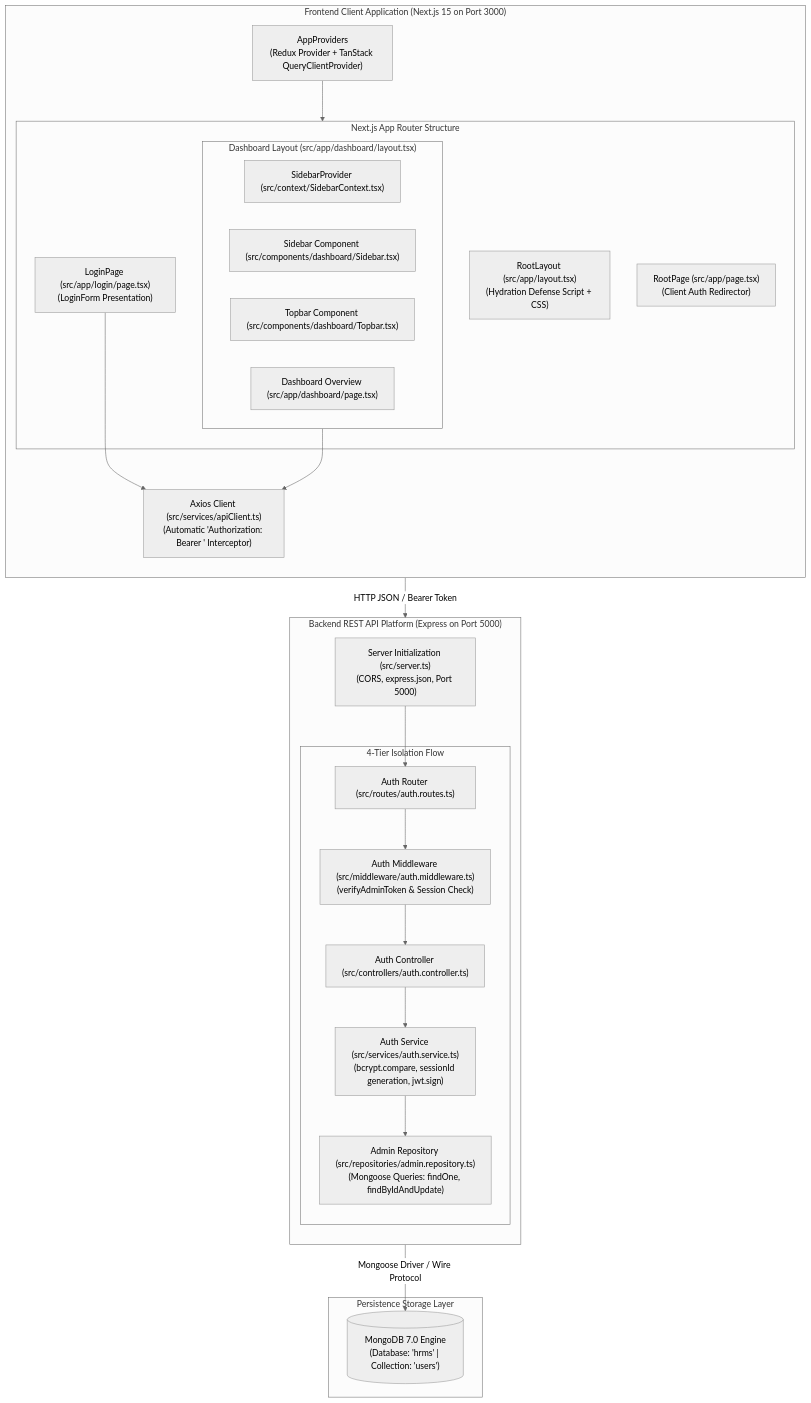
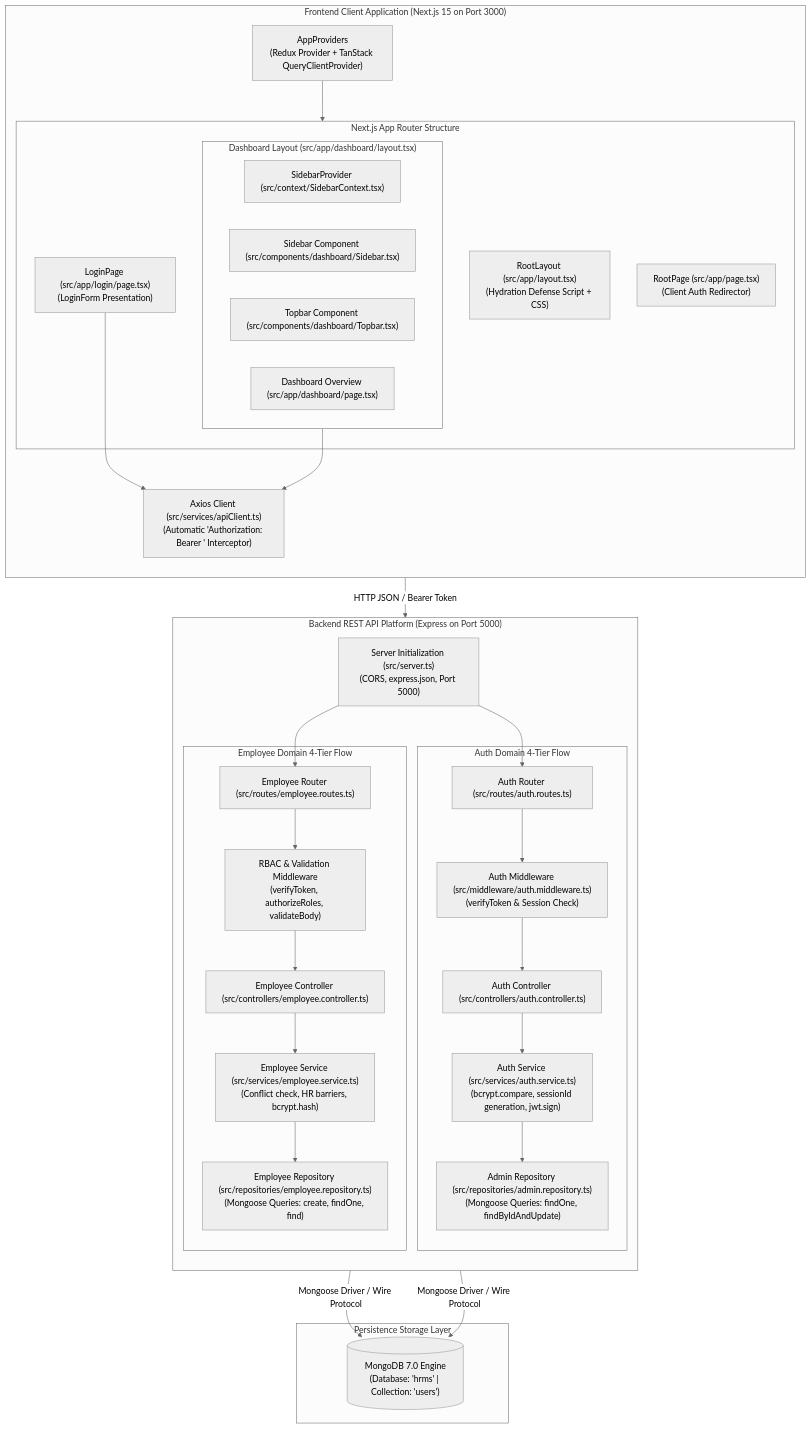
One commit to SojitraParth02/HRMS changed the first of 4 diagrams in SYSTEM_ARCHITECTURE_DOCUMENTATION.md. Above: the diagram before and after it, drawn with Mermaid (neutral theme). The commit also changed other lines of this file and 116 other files, not shown here.

````diff
--- a/SYSTEM_ARCHITECTURE_DOCUMENTATION.md
+++ b/SYSTEM_ARCHITECTURE_DOCUMENTATION.md
@@ -72,50 +88,65 @@
 ```mermaid
 flowchart TB
     subgraph ClientLayer["Frontend Client Application (Next.js 15 on Port 3000)"]
         direction TB
         AppProviders["AppProviders\n(Redux Provider + TanStack QueryClientProvider)"]
         
         subgraph RouteTree["Next.js App Router Structure"]
             RootLayout["RootLayout (src/app/layout.tsx)\n(Hydration Defense Script + CSS)"]
             RootPage["RootPage (src/app/page.tsx)\n(Client Auth Redirector)"]
             LoginPage["LoginPage (src/app/login/page.tsx)\n(LoginForm Presentation)"]
             
             subgraph DashboardShell["Dashboard Layout (src/app/dashboard/layout.tsx)"]
                 SidebarContext["SidebarProvider (src/context/SidebarContext.tsx)"]
                 Sidebar["Sidebar Component (src/components/dashboard/Sidebar.tsx)"]
                 Topbar["Topbar Component (src/components/dashboard/Topbar.tsx)"]
                 DashboardPage["Dashboard Overview (src/app/dashboard/page.tsx)"]
             end
         end
 
         ApiClient["Axios Client (src/services/apiClient.ts)\n(Automatic 'Authorization: Bearer <token>' Interceptor)"]
     end
 
     subgraph BackendLayer["Backend REST API Platform (Express on Port 5000)"]
         direction TB
         Server["Server Initialization (src/server.ts)\n(CORS, express.json, Port 5000)"]
         
-        subgraph LayeredFlow["4-Tier Isolation Flow"]
+        subgraph AuthFlow["Auth Domain 4-Tier Flow"]
             AuthRouter["Auth Router (src/routes/auth.routes.ts)"]
-            AuthMiddleware["Auth Middleware (src/middleware/auth.middleware.ts)\n(verifyAdminToken & Session Check)"]
+            AuthMiddleware["Auth Middleware (src/middleware/auth.middleware.ts)\n(verifyToken & Session Check)"]
             AuthController["Auth Controller (src/controllers/auth.controller.ts)"]
             AuthService["Auth Service (src/services/auth.service.ts)\n(bcrypt.compare, sessionId generation, jwt.sign)"]
             AdminRepository["Admin Repository (src/repositories/admin.repository.ts)\n(Mongoose Queries: findOne, findByIdAndUpdate)"]
+        end
+
+        subgraph EmployeeFlow["Employee Domain 4-Tier Flow"]
+            EmployeeRouter["Employee Router (src/routes/employee.routes.ts)"]
+            RBACMiddleware["RBAC & Validation Middleware\n(verifyToken, authorizeRoles, validateBody)"]
+            EmployeeController["Employee Controller (src/controllers/employee.controller.ts)"]
+            EmployeeService["Employee Service (src/services/employee.service.ts)\n(Conflict check, HR barriers, bcrypt.hash)"]
+            EmployeeRepository["Employee Repository (src/repositories/employee.repository.ts)\n(Mongoose Queries: create, findOne, find)"]
         end
     end
 
     subgraph DatabaseCluster["Persistence Storage Layer"]
         MongoDB[("MongoDB 7.0 Engine\n(Database: 'hrms' | Collection: 'users')")]
     end
 
     AppProviders --> RouteTree
     LoginPage --> ApiClient
     DashboardShell --> ApiClient
     ApiClient -- "HTTP JSON / Bearer Token" --> Server
     Server --> AuthRouter
     AuthRouter --> AuthMiddleware
     AuthMiddleware --> AuthController
     AuthController --> AuthService
     AuthService --> AdminRepository
     AdminRepository -- "Mongoose Driver / Wire Protocol" --> MongoDB
+
+    Server --> EmployeeRouter
+    EmployeeRouter --> RBACMiddleware
+    RBACMiddleware --> EmployeeController
+    EmployeeController --> EmployeeService
+    EmployeeService --> EmployeeRepository
+    EmployeeRepository -- "Mongoose Driver / Wire Protocol" --> MongoDB
 ```
````
